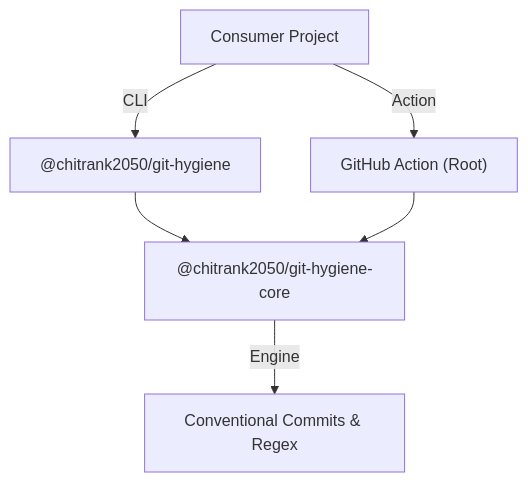
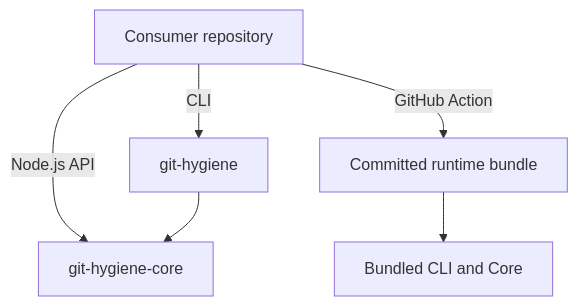
One commit to actions-marketplace-validations/chitranklabs_git-hygiene changed the diagram in README.md. Above: the diagram before and after it, drawn with Mermaid. The commit also changed other lines of this file and 8 other files, not shown here.

````diff
--- a/README.md
+++ b/README.md
@@ -332,8 +200,8 @@
 ```mermaid
 graph TD
-    A[Consumer Project] -->|CLI| B["@chitrank2050/git-hygiene"]
-    A -->|Action| C["GitHub Action (Root)"]
-    B --> D["@chitrank2050/git-hygiene-core"]
-    C --> D
-    D -->|Engine| E["Conventional Commits & Regex"]
+    A[Consumer repository] -->|CLI| B[git-hygiene]
+    A -->|GitHub Action| C[Committed runtime bundle]
+    A -->|Node.js API| D[git-hygiene-core]
+    B --> D
+    C --> E[Bundled CLI and Core]
 ```
````
